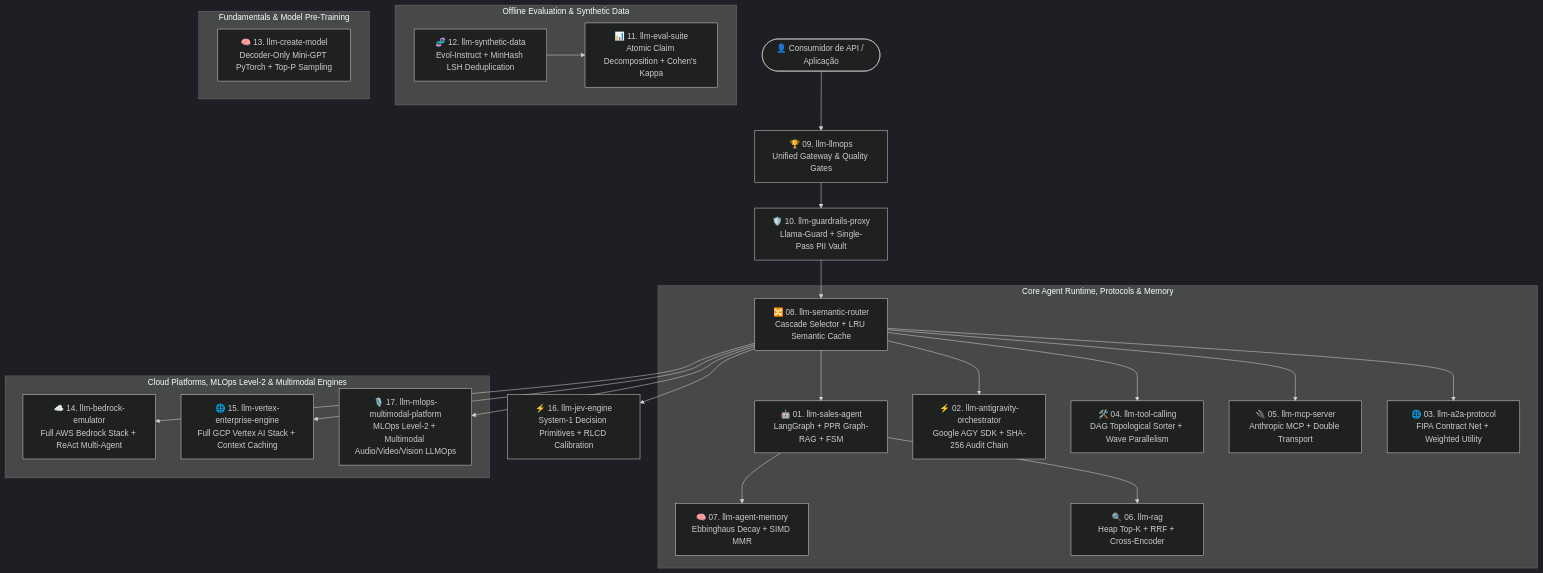
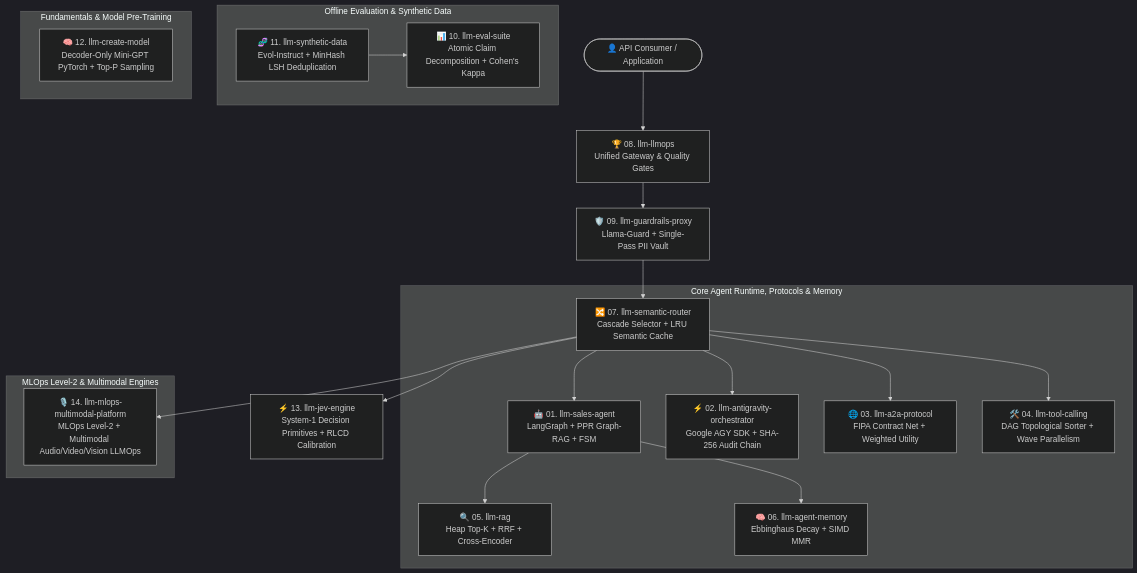
Before and after one commit to cayoesn/cayoesn: the diagram in README.md, drawn with Mermaid (dark theme). The commit also changed other lines of this file, not shown here.

````diff
--- a/README.md
+++ b/README.md
@@ -58,32 +54,29 @@
 ```mermaid
 graph TD
-    Client([👤 Consumidor de API / Aplicação]) --> LLMOpsGateway[🏆 09. llm-llmops<br/>Unified Gateway & Quality Gates]
-    LLMOpsGateway --> Guardrails[🛡️ 10. llm-guardrails-proxy<br/>Llama-Guard + Single-Pass PII Vault]
-    Guardrails --> Router[🔀 08. llm-semantic-router<br/>Cascade Selector + LRU Semantic Cache]
-    Router --> JevEngine[⚡ 16. llm-jev-engine<br/>System-1 Decision Primitives + RLCD Calibration]
-    
+    Client([👤 API Consumer / Application]) --> LLMOpsGateway[🏆 08. llm-llmops<br/>Unified Gateway & Quality Gates]
+    LLMOpsGateway --> Guardrails[🛡️ 09. llm-guardrails-proxy<br/>Llama-Guard + Single-Pass PII Vault]
+    Guardrails --> Router[🔀 07. llm-semantic-router<br/>Cascade Selector + LRU Semantic Cache]
+    Router --> JevEngine[⚡ 13. llm-jev-engine<br/>System-1 Decision Primitives + RLCD Calibration]
+
     subgraph "Core Agent Runtime, Protocols & Memory"
         Router --> SalesAgent[🤖 01. llm-sales-agent<br/>LangGraph + PPR Graph-RAG + FSM]
         Router --> Orchestrator[⚡ 02. llm-antigravity-orchestrator<br/>Google AGY SDK + SHA-256 Audit Chain]
+        Router --> A2A[🌐 03. llm-a2a-protocol<br/>FIPA Contract Net + Weighted Utility]
         Router --> ToolCalling[🛠️ 04. llm-tool-calling<br/>DAG Topological Sorter + Wave Parallelism]
-        Router --> MCPServer[🔌 05. llm-mcp-server<br/>Anthropic MCP + Double Transport]
-        Router --> A2A[🌐 03. llm-a2a-protocol<br/>FIPA Contract Net + Weighted Utility]
-        
-        SalesAgent --> Memory[🧠 07. llm-agent-memory<br/>Ebbinghaus Decay + SIMD MMR]
-        SalesAgent --> RAG[🔍 06. llm-rag<br/>Heap Top-K + RRF + Cross-Encoder]
+
+        SalesAgent --> RAG[🔍 05. llm-rag<br/>Heap Top-K + RRF + Cross-Encoder]
+        SalesAgent --> Memory[🧠 06. llm-agent-memory<br/>Ebbinghaus Decay + SIMD MMR]
     end
 
-    subgraph "Cloud Platforms, MLOps Level-2 & Multimodal Engines"
-        Router --> BedrockEmulator[☁️ 14. llm-bedrock-emulator<br/>Full AWS Bedrock Stack + ReAct Multi-Agent]
-        Router --> VertexEngine[🌐 15. llm-vertex-enterprise-engine<br/>Full GCP Vertex AI Stack + Context Caching]
-        Router --> OmniPulse[🎙️ 17. llm-mlops-multimodal-platform<br/>MLOps Level-2 + Multimodal Audio/Video/Vision LLMOps]
+    subgraph "MLOps Level-2 & Multimodal Engines"
+        Router --> OmniPulse[🎙️ 14. llm-mlops-multimodal-platform<br/>MLOps Level-2 + Multimodal Audio/Video/Vision LLMOps]
     end
 
     subgraph "Offline Evaluation & Synthetic Data"
-        Synthetic[🧬 12. llm-synthetic-data<br/>Evol-Instruct + MinHash LSH Deduplication] --> Eval[📊 11. llm-eval-suite<br/>Atomic Claim Decomposition + Cohen's Kappa]
+        Synthetic[🧬 11. llm-synthetic-data<br/>Evol-Instruct + MinHash LSH Deduplication] --> Eval[📊 10. llm-eval-suite<br/>Atomic Claim Decomposition + Cohen's Kappa]
     end
 
     subgraph "Fundamentals & Model Pre-Training"
-        CreateModel[🧠 13. llm-create-model<br/>Decoder-Only Mini-GPT PyTorch + Top-P Sampling]
+        CreateModel[🧠 12. llm-create-model<br/>Decoder-Only Mini-GPT PyTorch + Top-P Sampling]
     end
 ```
````
